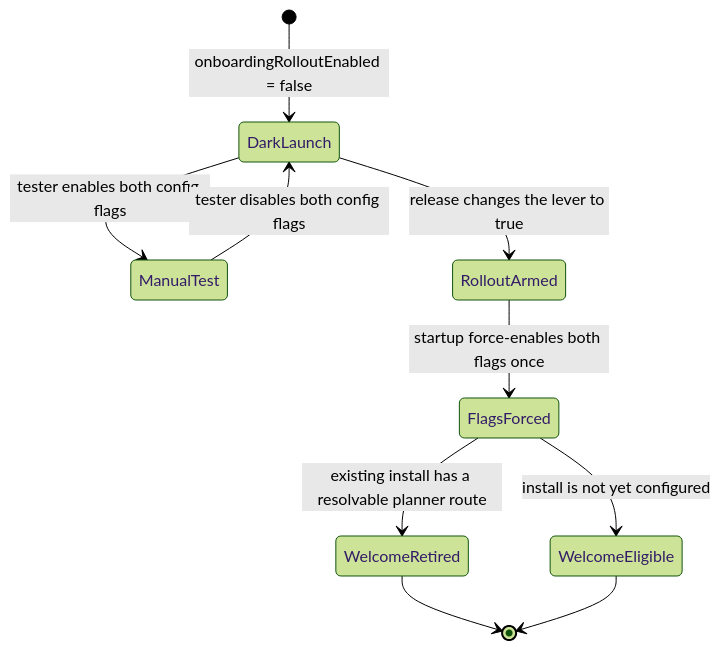
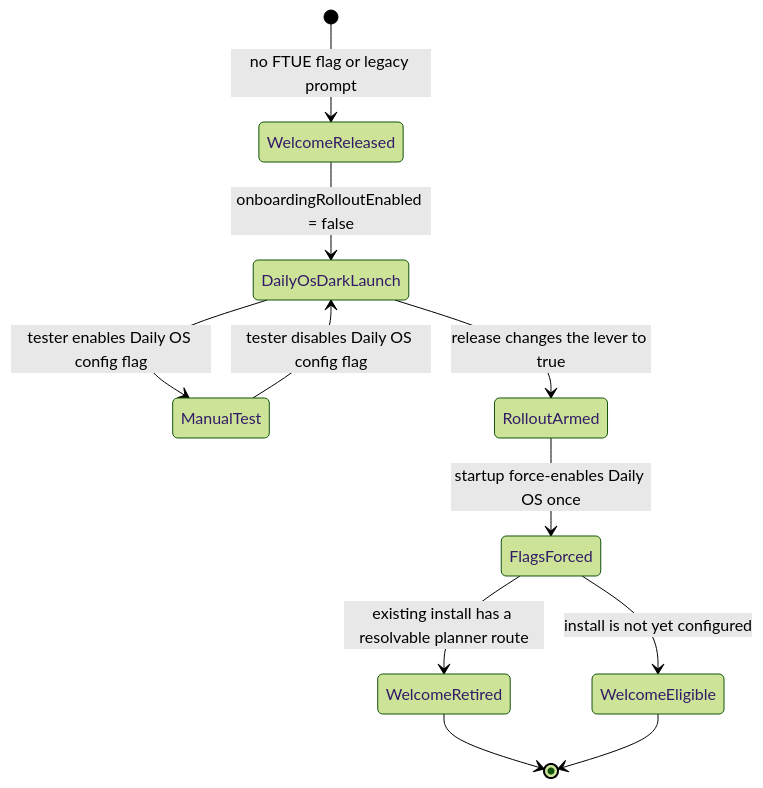
One commit to matthiasn/lotti changed the third of 7 diagrams in lib/features/onboarding/README.md. Above: the diagram before and after it, drawn with Mermaid (forest theme). The commit also changed other lines of this file and 46 other files, not shown here.

Commit message:
feat: retire the onboarding FTUE flag and delete the legacy setup prompt

````diff
--- a/lib/features/onboarding/README.md
+++ b/lib/features/onboarding/README.md
@@ -131,12 +129,13 @@
 ```mermaid
 stateDiagram-v2
-    [*] --> DarkLaunch: onboardingRolloutEnabled = false
-    DarkLaunch --> ManualTest: tester enables both config flags
-    ManualTest --> DarkLaunch: tester disables both config flags
-    DarkLaunch --> RolloutArmed: release changes the lever to true
-    RolloutArmed --> FlagsForced: startup force-enables both flags once
+    [*] --> WelcomeReleased: no FTUE flag or legacy prompt
+    WelcomeReleased --> DailyOsDarkLaunch: onboardingRolloutEnabled = false
+    DailyOsDarkLaunch --> ManualTest: tester enables Daily OS config flag
+    ManualTest --> DailyOsDarkLaunch: tester disables Daily OS config flag
+    DailyOsDarkLaunch --> RolloutArmed: release changes the lever to true
+    RolloutArmed --> FlagsForced: startup force-enables Daily OS once
     FlagsForced --> WelcomeRetired: existing install has a resolvable planner route
     FlagsForced --> WelcomeEligible: install is not yet configured
     WelcomeRetired --> [*]
     WelcomeEligible --> [*]
 ```
````
